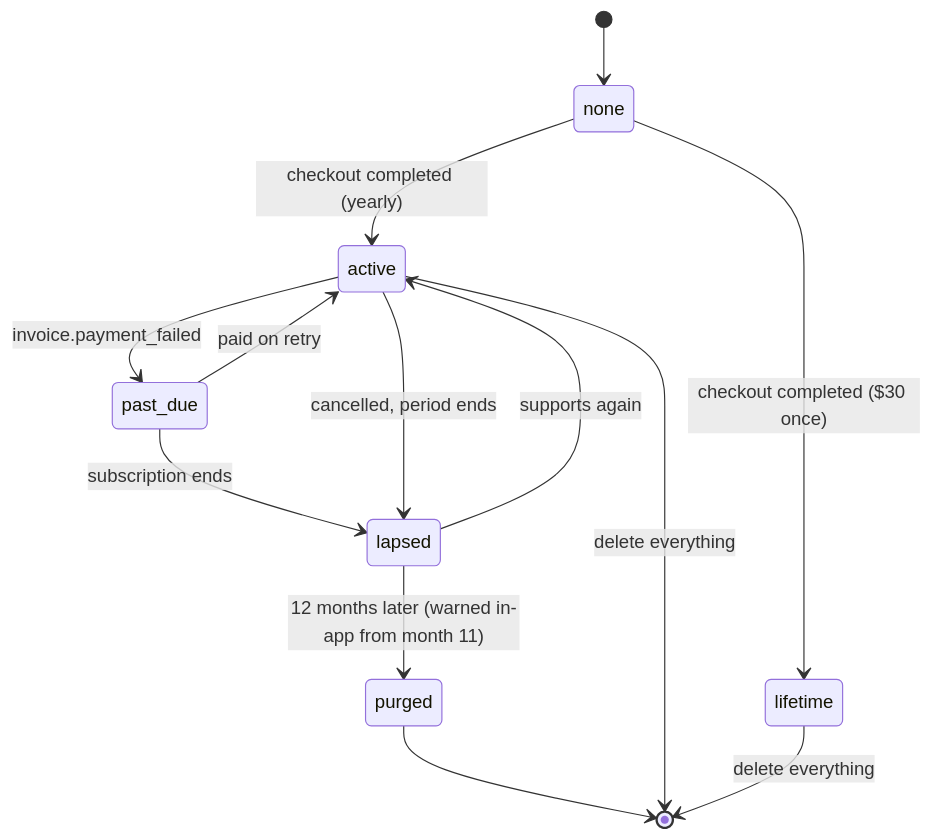
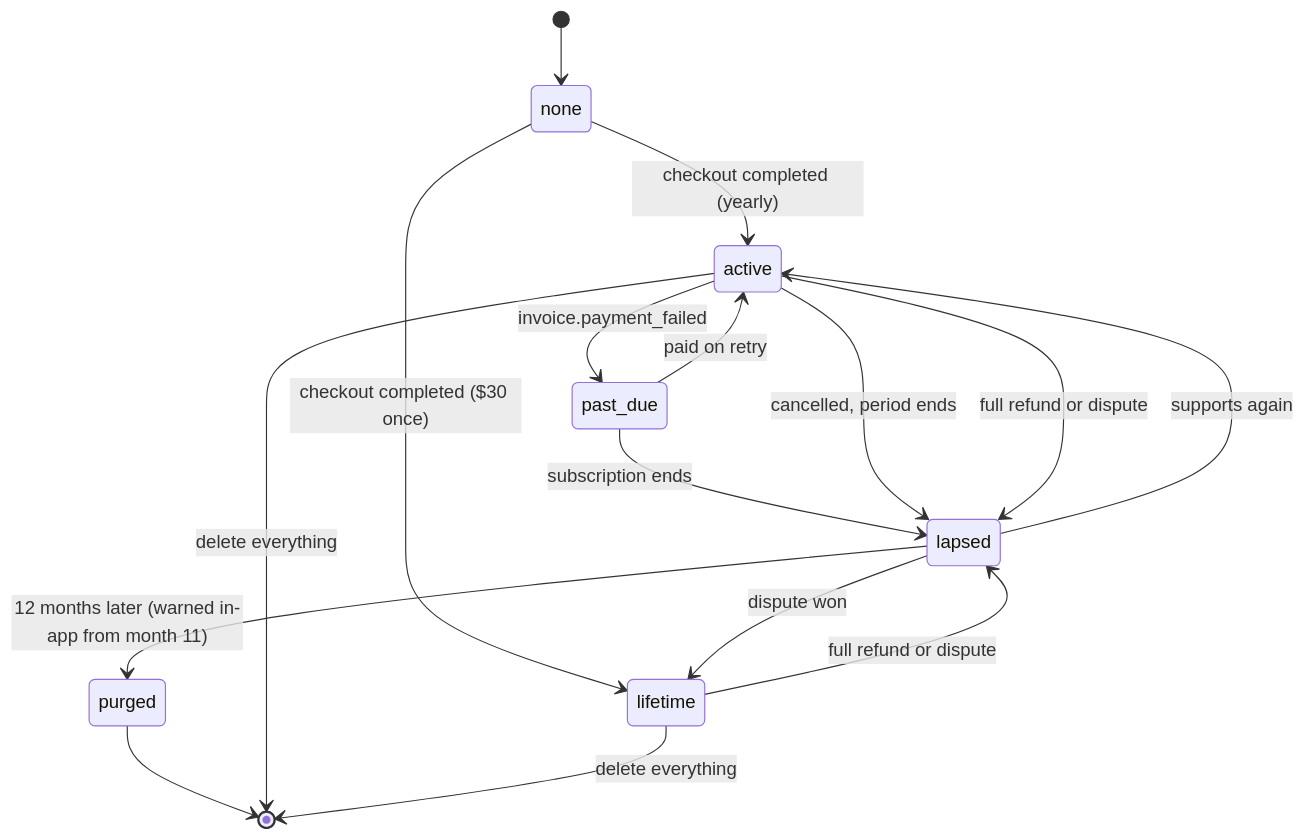
One commit to robotoer/relationship-menu changed the fifth of 6 diagrams in docs/spec/sync.md. Above: the diagram before and after it, drawn with Mermaid. The commit also changed other lines of this file and 24 other files, not shown here.

````diff
--- a/docs/spec/sync.md
+++ b/docs/spec/sync.md
@@ -289,15 +290,18 @@
 ```mermaid
 stateDiagram-v2
   [*] --> none
   none --> active: checkout completed (yearly)
   none --> lifetime: checkout completed ($30 once)
   active --> past_due: invoice.payment_failed
   past_due --> active: paid on retry
   past_due --> lapsed: subscription ends
   active --> lapsed: cancelled, period ends
+  active --> lapsed: full refund or dispute
+  lifetime --> lapsed: full refund or dispute
+  lapsed --> lifetime: dispute won
   lapsed --> active: supports again
   lapsed --> purged: 12 months later (warned in-app from month 11)
   purged --> [*]
   active --> [*]: delete everything
   lifetime --> [*]: delete everything
 ```
````
